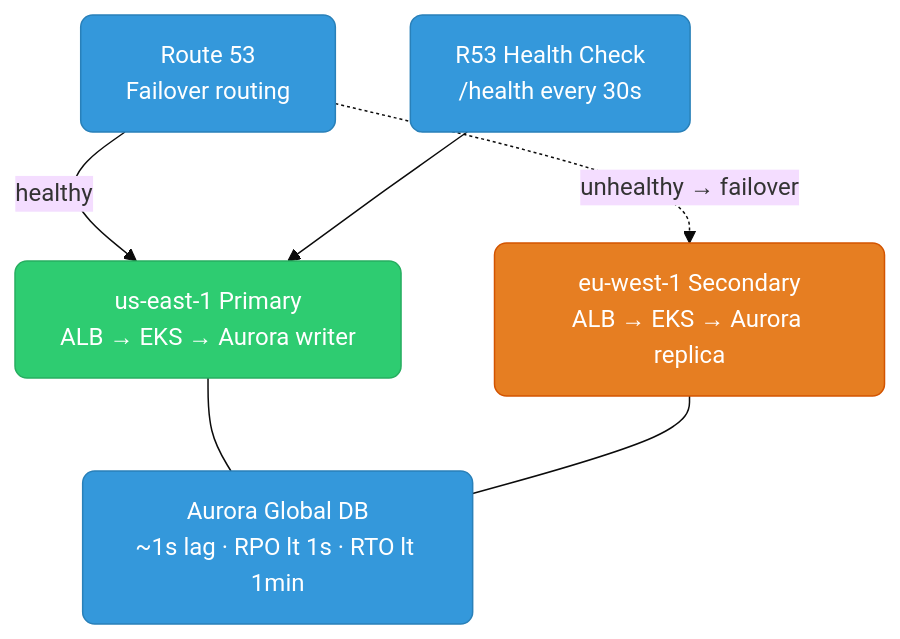
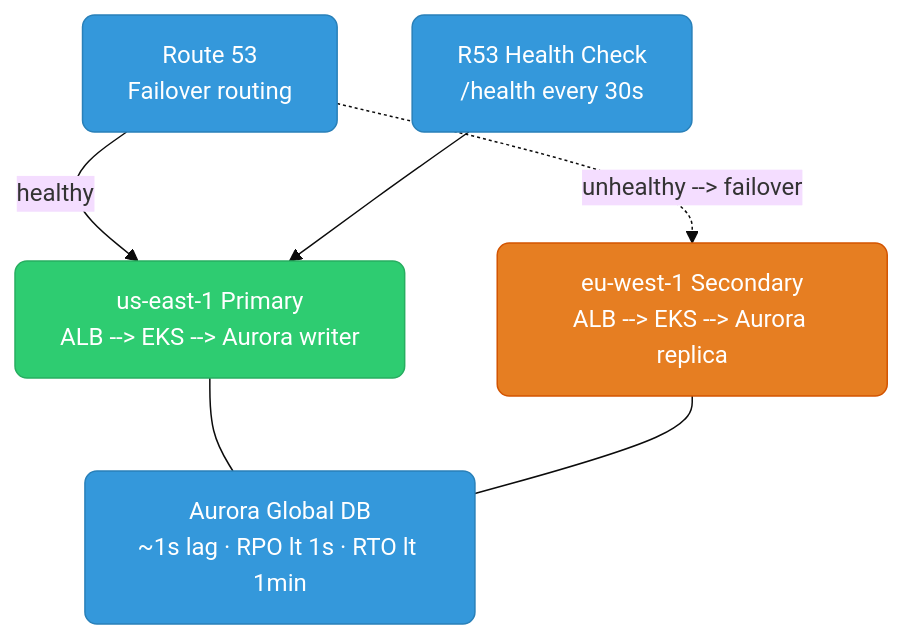
Before and after one commit to deepanshu-rawat6/tour-of-go: the ninth of 9 diagrams in devops/aws/databases-deep-dive.md, drawn with Mermaid (base theme). The commit also changed 25 other files, not shown here.

````diff
--- a/devops/aws/databases-deep-dive.md
+++ b/devops/aws/databases-deep-dive.md
@@ -620,20 +620,20 @@
 ```mermaid
 graph TD
     classDef blue fill:#3498db,stroke:#2980b9,color:#fff,rx:8
     classDef orange fill:#e67e22,stroke:#d35400,color:#fff,rx:8
     classDef green fill:#2ecc71,stroke:#27ae60,color:#fff,rx:8
     classDef red fill:#e74c3c,stroke:#c0392b,color:#fff,rx:8
 
     R53["Route 53<br/>Failover routing"]:::blue
-    PRIMARY["us-east-1 Primary<br/>ALB → EKS → Aurora writer"]:::green
-    SECONDARY["eu-west-1 Secondary<br/>ALB → EKS → Aurora replica"]:::orange
+    PRIMARY["us-east-1 Primary<br/>ALB --> EKS --> Aurora writer"]:::green
+    SECONDARY["eu-west-1 Secondary<br/>ALB --> EKS --> Aurora replica"]:::orange
     HC["R53 Health Check<br/>/health every 30s"]:::blue
 
     R53 -->|healthy| PRIMARY
-    R53 -.->|unhealthy → failover| SECONDARY
+    R53 -.->|unhealthy --> failover| SECONDARY
     HC --> PRIMARY
 
     AURORA_GLOBAL["Aurora Global DB<br/>~1s lag · RPO lt 1s · RTO lt 1min"]:::blue
     PRIMARY --- AURORA_GLOBAL
     SECONDARY --- AURORA_GLOBAL
 ```
````
